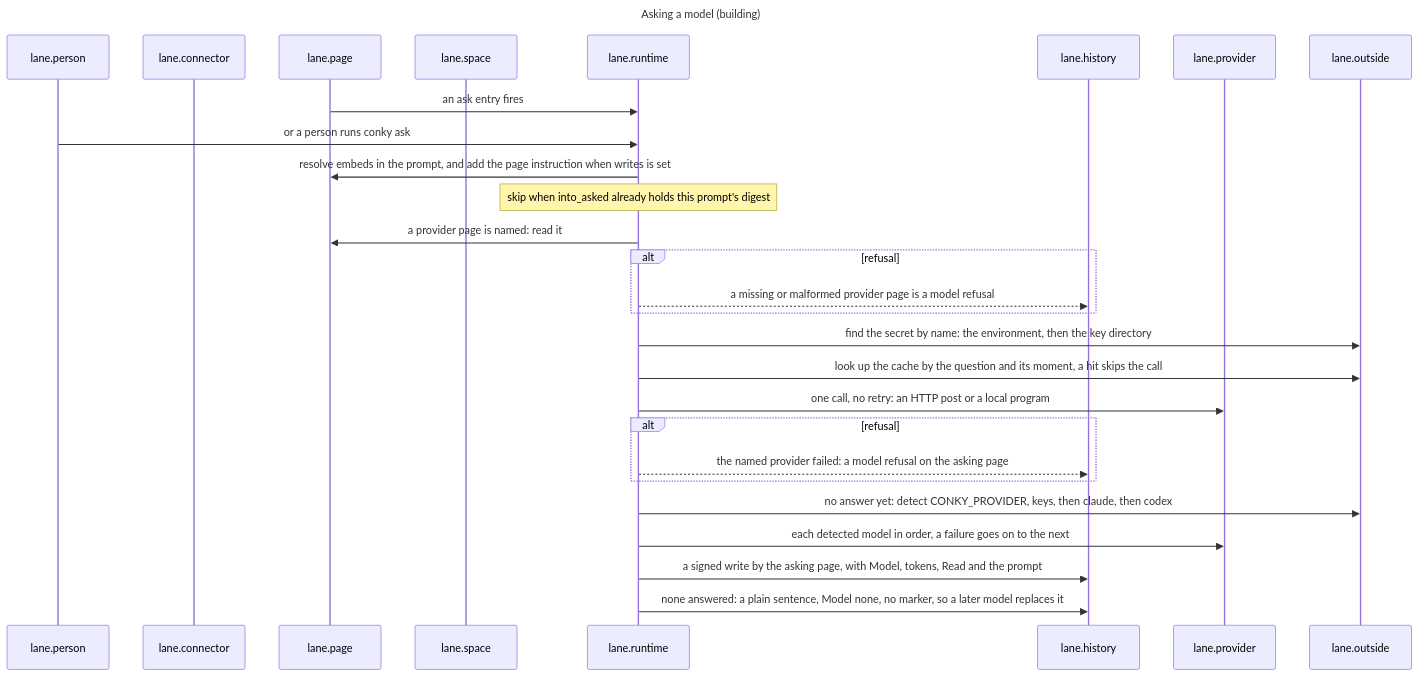
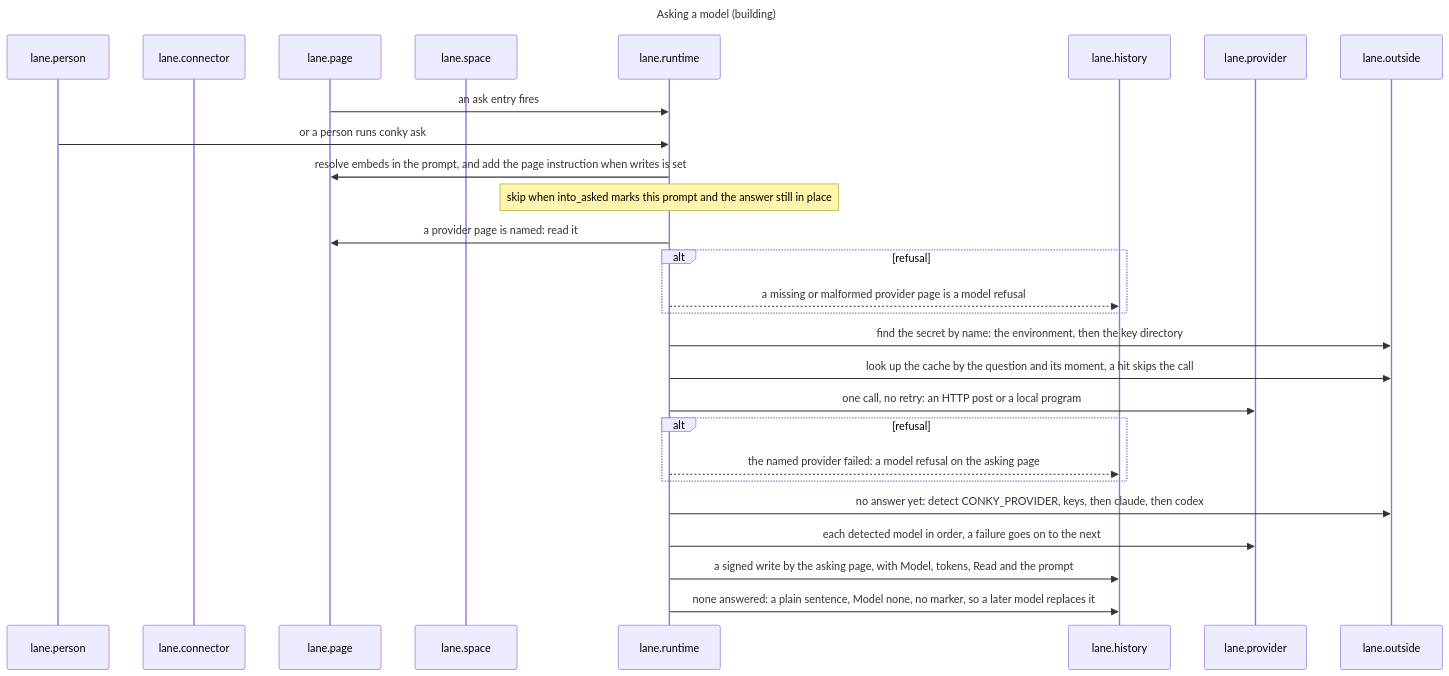
Before and after one commit to drksci/conky: the sixth of 29 diagrams in docs/reference/architecture.md, drawn with Mermaid. The commit also changed other lines of this file and 19 other files, not shown here.

````diff
--- a/docs/reference/architecture.md
+++ b/docs/reference/architecture.md
@@ -407,32 +408,32 @@
 ```mermaid
 ---
 title: Asking a model (building)
 ---
 sequenceDiagram
     participant lane.person
     participant lane.connector
     participant lane.page
     participant lane.space
     participant lane.runtime
     participant lane.history
     participant lane.provider
     participant lane.outside
     lane.page->>lane.runtime: an ask entry fires
     lane.person->>lane.runtime: or a person runs conky ask
     lane.runtime->>lane.page: resolve embeds in the prompt, and add the page instruction when writes is set
-    Note over lane.runtime: skip when into_asked already holds this prompt's digest
+    Note over lane.runtime: skip when into_asked marks this prompt and the answer still in place
     lane.runtime->>lane.page: a provider page is named: read it
     alt refusal
         lane.runtime-->>lane.history: a missing or malformed provider page is a model refusal
     end
     lane.runtime->>lane.outside: find the secret by name: the environment, then the key directory
     lane.runtime->>lane.outside: look up the cache by the question and its moment, a hit skips the call
     lane.runtime->>lane.provider: one call, no retry: an HTTP post or a local program
     alt refusal
         lane.runtime-->>lane.history: the named provider failed: a model refusal on the asking page
     end
     lane.runtime->>lane.outside: no answer yet: detect CONKY_PROVIDER, keys, then claude, then codex
     lane.runtime->>lane.provider: each detected model in order, a failure goes on to the next
     lane.runtime->>lane.history: a signed write by the asking page, with Model, tokens, Read and the prompt
     lane.runtime->>lane.history: none answered: a plain sentence, Model none, no marker, so a later model replaces it
 ```
````
